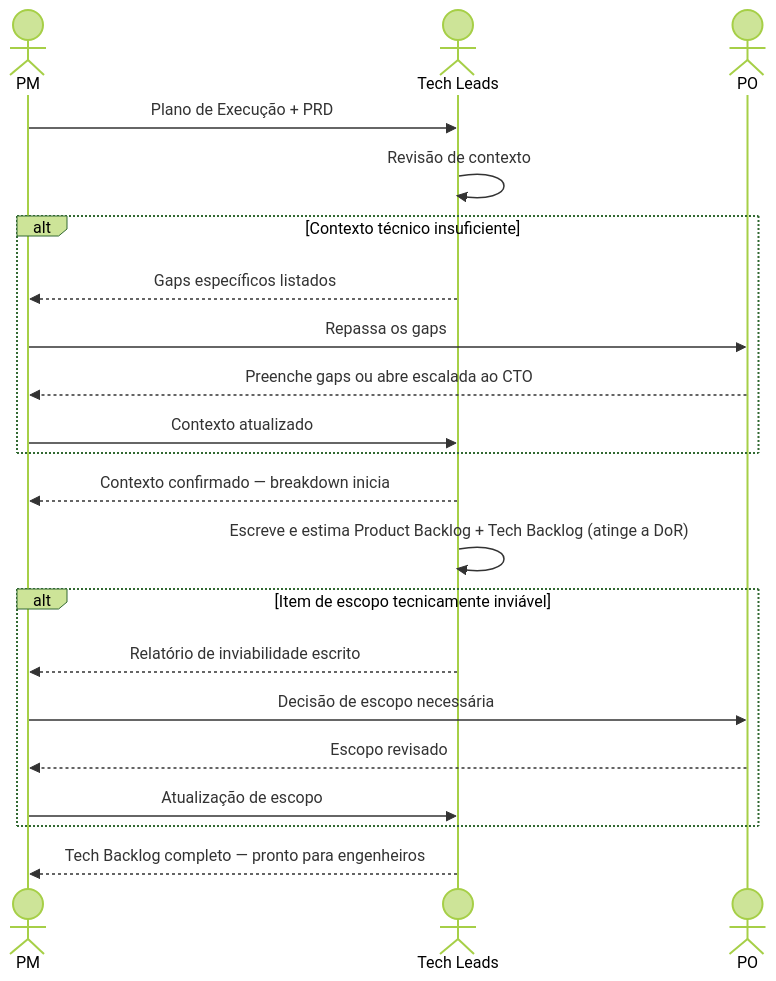
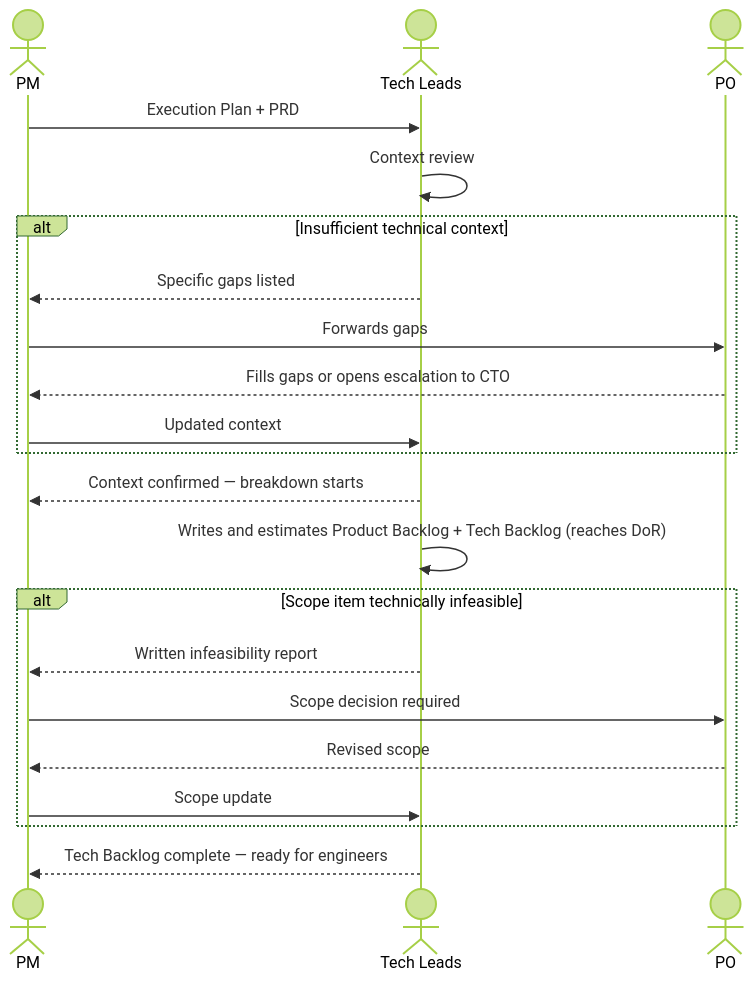
Before and after one commit to hugo-hsbtech/teamwork-process: the diagram in interactions/09-pm-to-tech-leads.md, drawn with Mermaid (forest theme). The commit also changed other lines of this file and 63 other files, not shown here.

````diff
--- a/interactions/09-pm-to-tech-leads.md
+++ b/interactions/09-pm-to-tech-leads.md
@@ -62,28 +62,28 @@
 ```mermaid
 sequenceDiagram
     actor PM as PM
     actor TL as Tech Leads
     actor PO as PO
 
-    PM->>TL: Plano de Execução + PRD
-    TL->>TL: Revisão de contexto
+    PM->>TL: Execution Plan + PRD
+    TL->>TL: Context review
 
-    alt Contexto técnico insuficiente
-        TL-->>PM: Gaps específicos listados
-        PM->>PO: Repassa os gaps
-        PO-->>PM: Preenche gaps ou abre escalada ao CTO
-        PM->>TL: Contexto atualizado
+    alt Insufficient technical context
+        TL-->>PM: Specific gaps listed
+        PM->>PO: Forwards gaps
+        PO-->>PM: Fills gaps or opens escalation to CTO
+        PM->>TL: Updated context
     end
 
-    TL-->>PM: Contexto confirmado — breakdown inicia
-    TL->>TL: Escreve e estima Product Backlog + Tech Backlog (atinge a DoR)
+    TL-->>PM: Context confirmed — breakdown starts
+    TL->>TL: Writes and estimates Product Backlog + Tech Backlog (reaches DoR)
 
-    alt Item de escopo tecnicamente inviável
-        TL-->>PM: Relatório de inviabilidade escrito
-        PM->>PO: Decisão de escopo necessária
-        PO-->>PM: Escopo revisado
-        PM->>TL: Atualização de escopo
+    alt Scope item technically infeasible
+        TL-->>PM: Written infeasibility report
+        PM->>PO: Scope decision required
+        PO-->>PM: Revised scope
+        PM->>TL: Scope update
     end
 
-    TL-->>PM: Tech Backlog completo — pronto para engenheiros
+    TL-->>PM: Tech Backlog complete — ready for engineers
 ```
````
